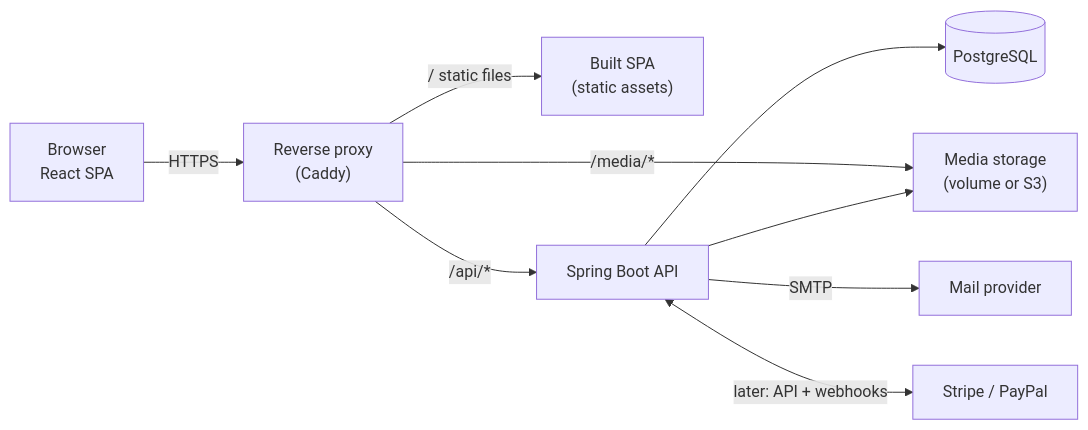
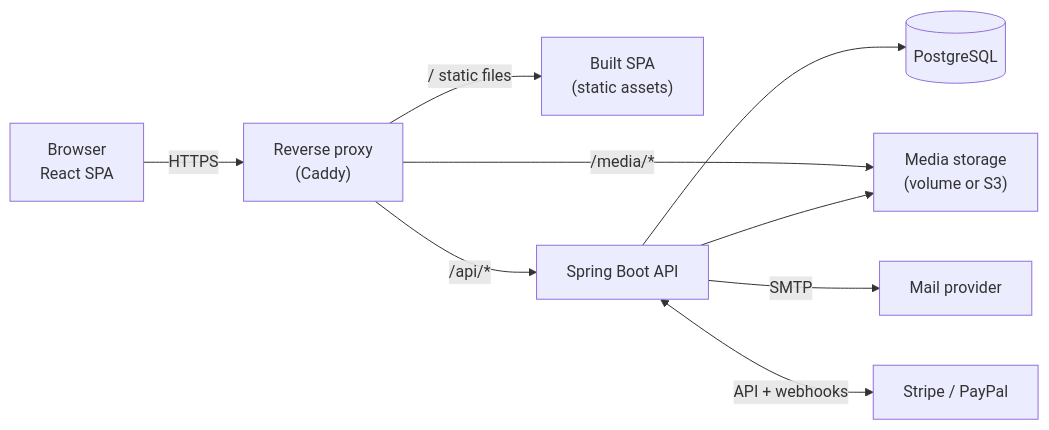
Before and after one commit to KaramellFy/pw-aquatics: the first of 3 diagrams in docs/ARCHITECTURE.md, drawn with Mermaid. The commit also changed other lines of this file and 71 other files, not shown here.

First line of the commit message:
feat(payment): PayPal payments with server-side capture and verified webhooks

````diff
--- a/docs/ARCHITECTURE.md
+++ b/docs/ARCHITECTURE.md
@@ -62,11 +62,11 @@
 ```mermaid
 flowchart LR
     Browser["Browser<br/>React SPA"] -->|HTTPS| Proxy["Reverse proxy<br/>(Caddy)"]
     Proxy -->|"/ static files"| Static["Built SPA<br/>(static assets)"]
     Proxy -->|"/api/*"| API["Spring Boot API"]
     Proxy -->|"/media/*"| Media["Media storage<br/>(volume or S3)"]
     API --> DB[("PostgreSQL")]
     API --> Media
     API -->|SMTP| Mail["Mail provider"]
-    API <-->|"later: API + webhooks"| PSP["Stripe / PayPal"]
+    API <-->|"API + webhooks"| PSP["Stripe / PayPal"]
 ```
````
